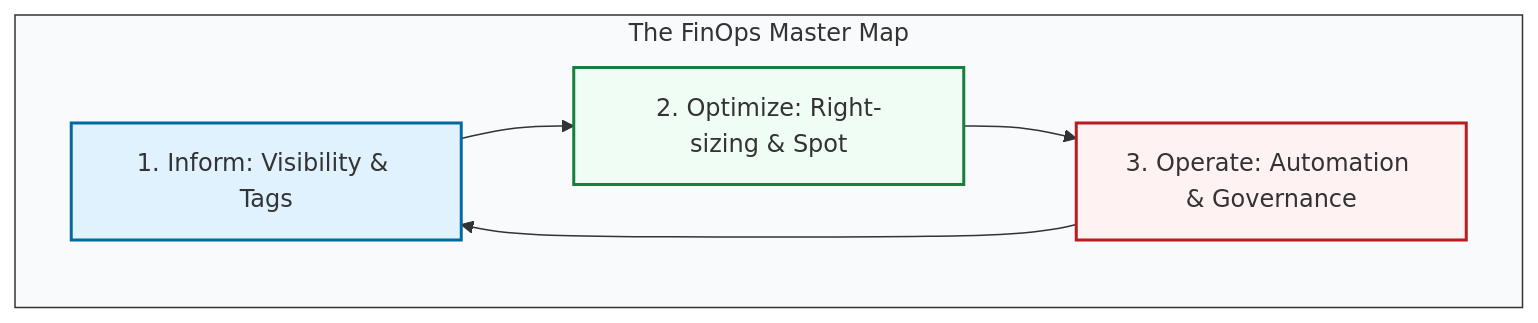
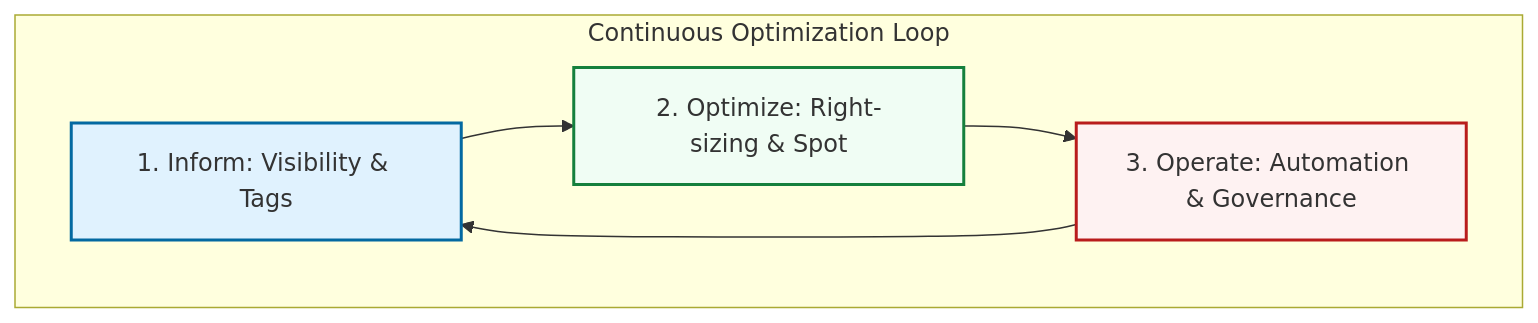
The first of 2 diagrams in 1-Beginner/03-Phase-3/03-FinOps/README.md (Ganil151/Devops), drawn with Mermaid before and after one commit. The commit also changed other lines of this file and 75 other files, not shown here.

````diff
--- a/1-Beginner/03-Phase-3/03-FinOps/README.md
+++ b/1-Beginner/03-Phase-3/03-FinOps/README.md
@@ -29,13 +33,12 @@
 ```mermaid
 graph TD
-    subgraph FinOps_Lifecycle[The FinOps Master Map]
+    subgraph Cycle [Continuous Optimization Loop]
         I[1. Inform: Visibility & Tags] --> O[2. Optimize: Right-sizing & Spot]
         O --> OP[3. Operate: Automation & Governance]
         OP --> I
     end
     
     style I fill:#e0f2fe,stroke:#0369a1,stroke-width:2px
     style O fill:#f0fdf4,stroke:#15803d,stroke-width:2px
     style OP fill:#fef2f2,stroke:#b91c1c,stroke-width:2px
-    style FinOps_Lifecycle fill:#f8fafc,stroke:#333
 ```
````
